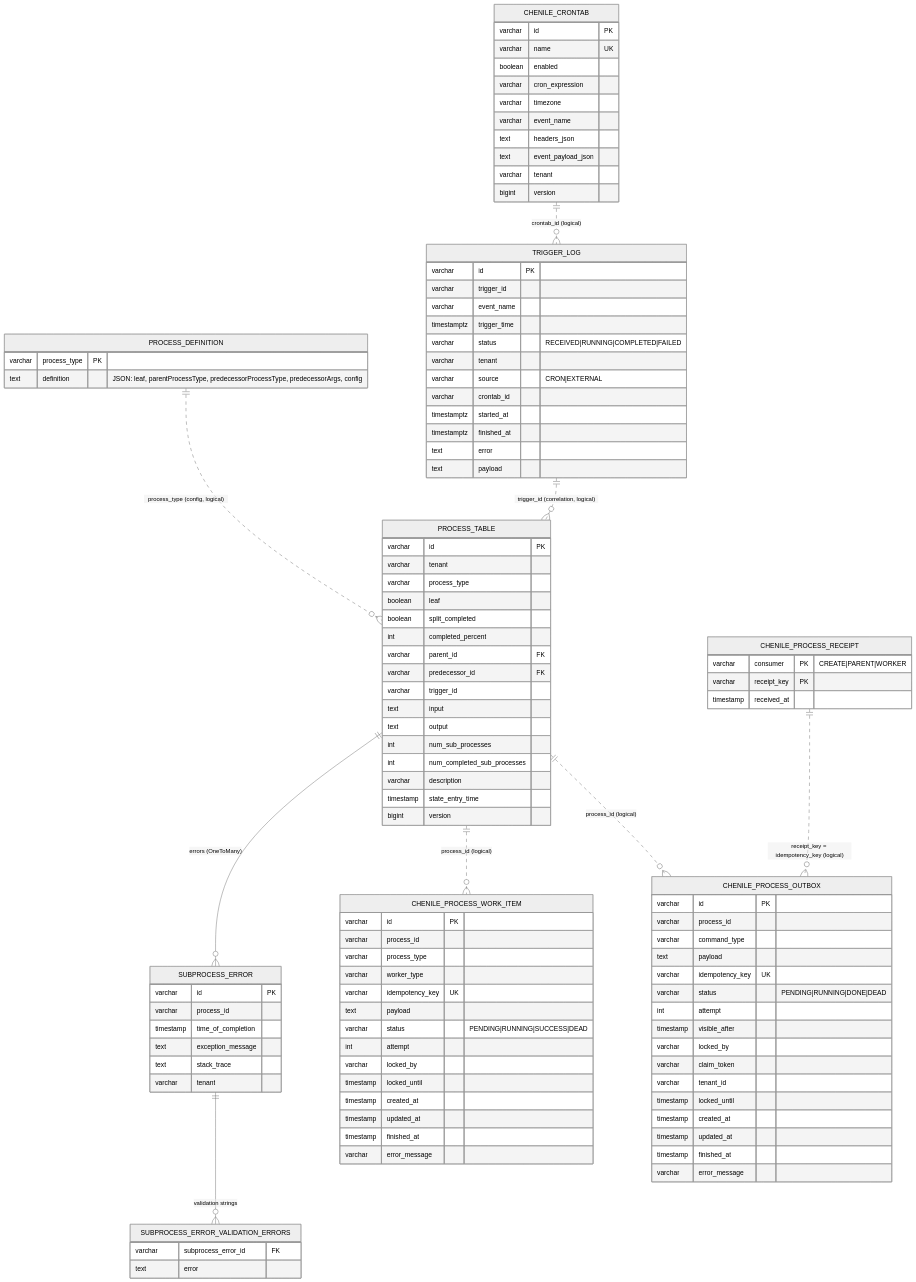
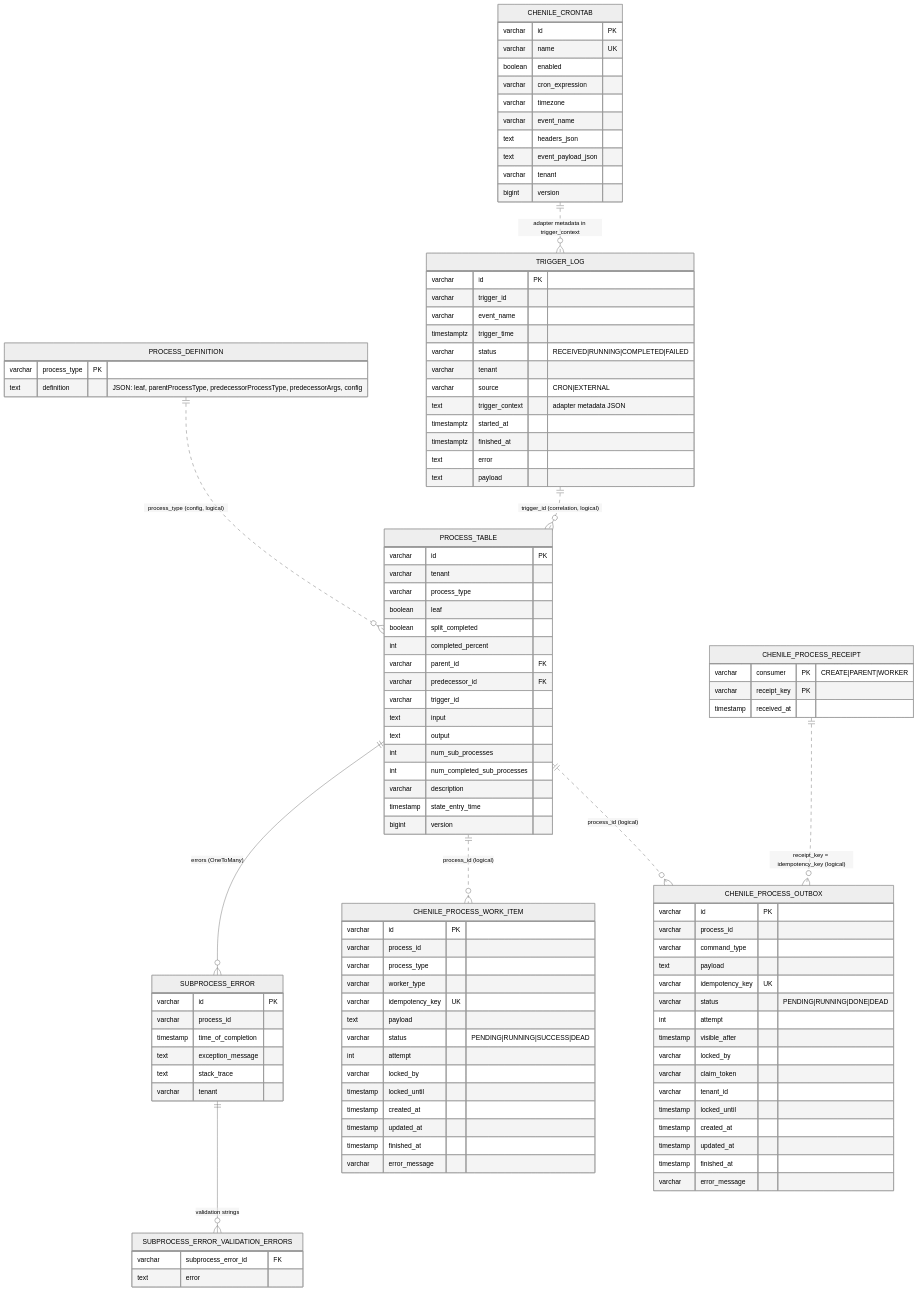
One commit to ajapros/chenile-process-management changed the second of 2 diagrams in docs/process-management-diagrams.md. Above: the diagram before and after it, drawn with Mermaid (neutral theme). The commit also changed 33 other files, not shown here.

First line of the commit message:
Generalize trigger context and delegate payload conversion to Chenile

```diff
--- a/docs/process-management-diagrams.md
+++ b/docs/process-management-diagrams.md
@@ -93,7 +93,7 @@
     PROCESS_TABLE ||--o{ SUBPROCESS_ERROR : "errors (OneToMany)"
     SUBPROCESS_ERROR ||--o{ SUBPROCESS_ERROR_VALIDATION_ERRORS : "validation strings"
     PROCESS_DEFINITION ||..o{ PROCESS_TABLE : "process_type (config, logical)"
-    CHENILE_CRONTAB ||..o{ TRIGGER_LOG : "crontab_id (logical)"
+    CHENILE_CRONTAB ||..o{ TRIGGER_LOG : "adapter metadata in trigger_context"
     TRIGGER_LOG ||..o{ PROCESS_TABLE : "trigger_id (correlation, logical)"
     PROCESS_TABLE ||..o{ CHENILE_PROCESS_WORK_ITEM : "process_id (logical)"
     PROCESS_TABLE ||..o{ CHENILE_PROCESS_OUTBOX : "process_id (logical)"
@@ -145,7 +145,7 @@
         varchar status "RECEIVED|RUNNING|COMPLETED|FAILED"
         varchar tenant
         varchar source "CRON|EXTERNAL"
-        varchar crontab_id
+        text trigger_context "adapter metadata JSON"
         timestamptz started_at
         timestamptz finished_at
         text error
```
